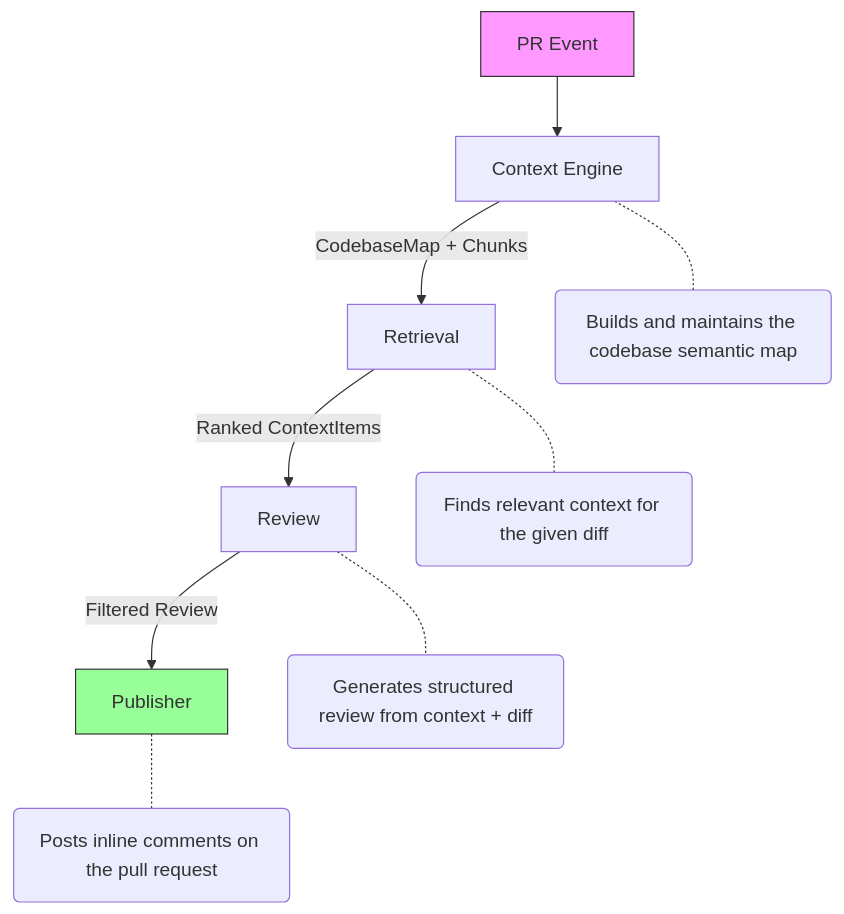
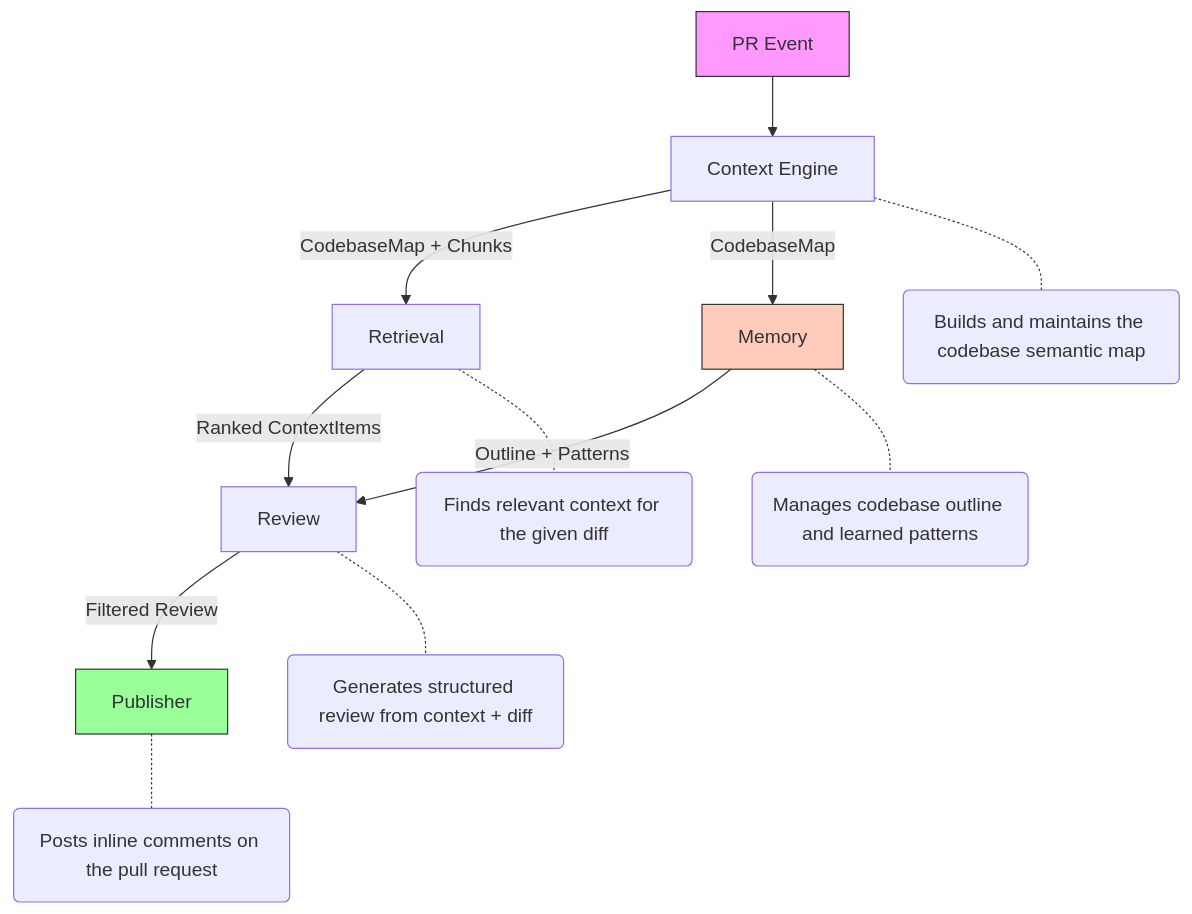
One commit to sudzxd/argus changed the first of 6 diagrams in docs/architecture.md. Above: the diagram before and after it, drawn with Mermaid. The commit also changed other lines of this file and 50 other files, not shown here.

````diff
--- a/docs/architecture.md
+++ b/docs/architecture.md
@@ -7,15 +7,19 @@
 ```mermaid
 flowchart TD
     A[PR Event] --> B[Context Engine]
     B -->|CodebaseMap + Chunks| C[Retrieval]
-    C -->|Ranked ContextItems| D[Review]
+    B -->|CodebaseMap| M[Memory]
+    M -->|Outline + Patterns| D[Review]
+    C -->|Ranked ContextItems| D
     D -->|Filtered Review| E[Publisher]
 
     B -.- B1(Builds and maintains the codebase semantic map)
     C -.- C1(Finds relevant context for the given diff)
+    M -.- M1(Manages codebase outline and learned patterns)
     D -.- D1(Generates structured review from context + diff)
     E -.- E1(Posts inline comments on the pull request)
 
     style A fill:#f9f,stroke:#333
+    style M fill:#fcb,stroke:#333
     style E fill:#9f9,stroke:#333
 ```
````
